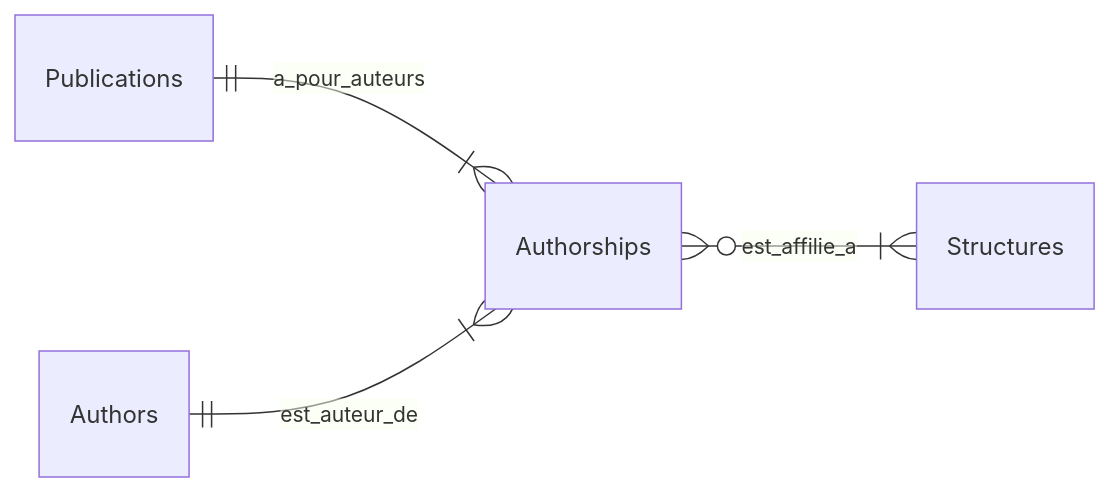
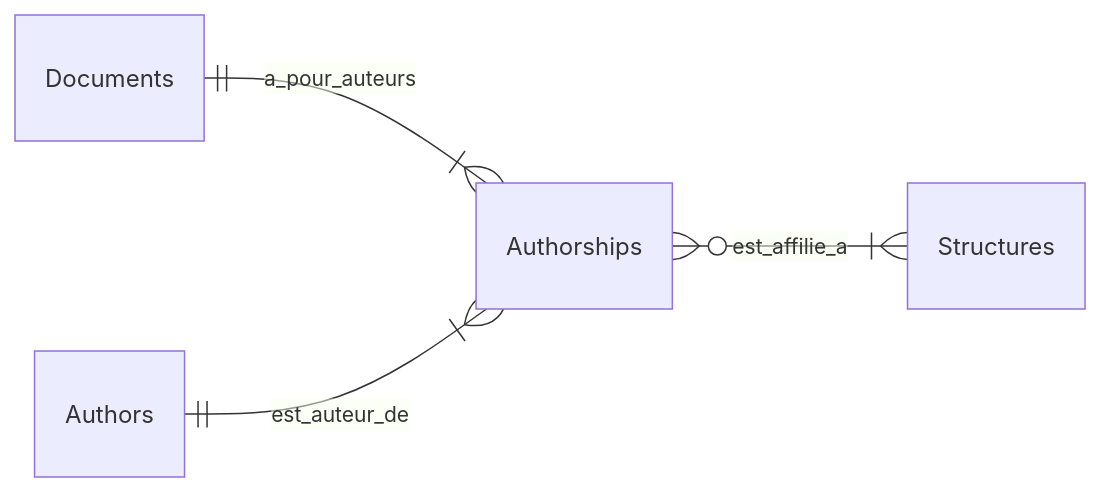
The second of 5 diagrams in docs/architecture.md (Y33sha/bibliometrie-uca), drawn with Mermaid before and after one commit. The commit also changed other lines of this file and 5 other files, not shown here.

````diff
--- a/docs/architecture.md
+++ b/docs/architecture.md
@@ -22,8 +29,8 @@
 ```mermaid
 erDiagram 
     direction LR
-    Publications ||--|{ Authorships : a_pour_auteurs
+    Documents ||--|{ Authorships : a_pour_auteurs
     Authors ||--|{ Authorships : est_auteur_de
     Authorships }o--|{ Structures : est_affilie_a
 
 ```
````
